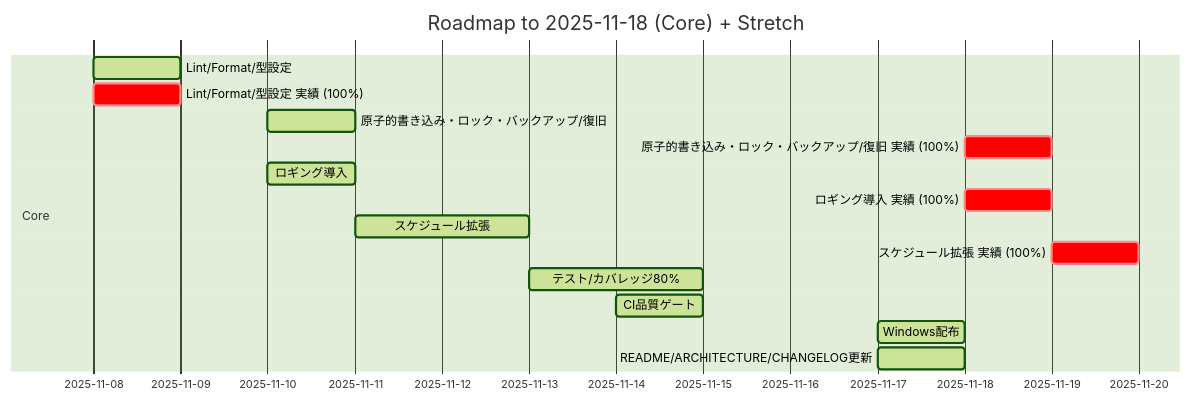
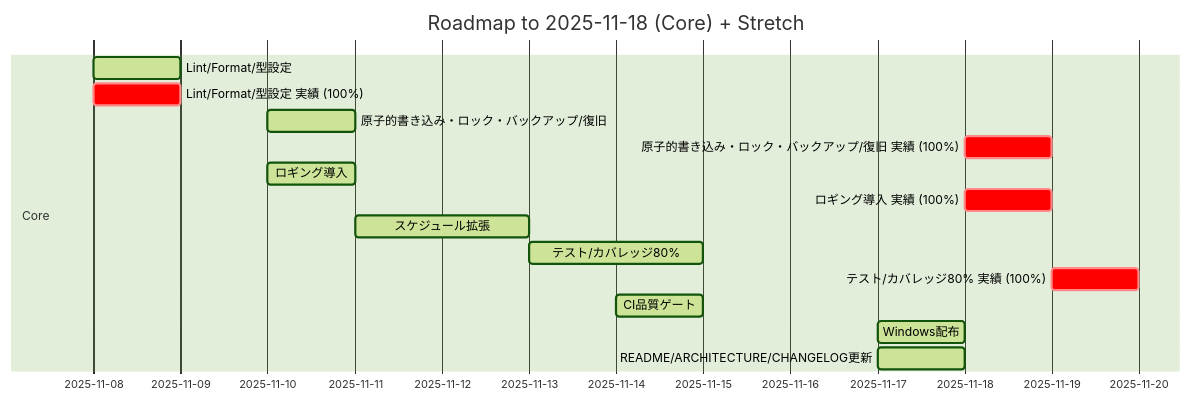
Before and after one commit to takenet193/task-reminder-tool: the diagram in docs/ROADMAP.md, drawn with Mermaid (forest theme). The commit also changed other lines of this file and 1 other file, not shown here.

Commit message:
docs: tests-coreタスクの完了をplan.jsonとROADMAP.mdに反映

````diff
--- a/docs/ROADMAP.md
+++ b/docs/ROADMAP.md
@@ -37,26 +37,26 @@
 ```mermaid
 gantt
   dateFormat  YYYY-MM-DD
   title Roadmap to 2025-11-18 (Core) + Stretch
   section Core
   Lint/Format/型設定  :active, 2025-11-08, 1.0d
   Lint/Format/型設定 実績 (100%)  :crit, 2025-11-08, 1.0d
   原子的書き込み・ロック・バックアップ/復旧  :active, 2025-11-10, 1.0d
   原子的書き込み・ロック・バックアップ/復旧 実績 (100%)  :crit, 2025-11-18, 1.0d
   ロギング導入  :active, 2025-11-10, 1.0d
   ロギング導入 実績 (100%)  :crit, 2025-11-18, 1.0d
   スケジュール拡張  :active, 2025-11-11, 2.0d
-  スケジュール拡張 実績 (100%)  :crit, 2025-11-19, 1.0d
   テスト/カバレッジ80%  :active, 2025-11-13, 2.0d
+  テスト/カバレッジ80% 実績 (100%)  :crit, 2025-11-19, 1.0d
   CI品質ゲート  :active, 2025-11-14, 1.0d
   Windows配布  :active, 2025-11-17, 1.0d
   README/ARCHITECTURE/CHANGELOG更新  :active, 2025-11-17, 1.0d
   section Stretch
   %% スケジュールUI (日付未定)
   %% 通知ディスパッチ (日付未定)
   %% Win/Mac表示差異吸収 (日付未定)
   %% macOS配布 (日付未定)
   %% MCP自動化 (日付未定)
   %% デモGIF作成 (日付未定)
   %% アーキ図/通知シーケンス図 (日付未定)
 ```
````
